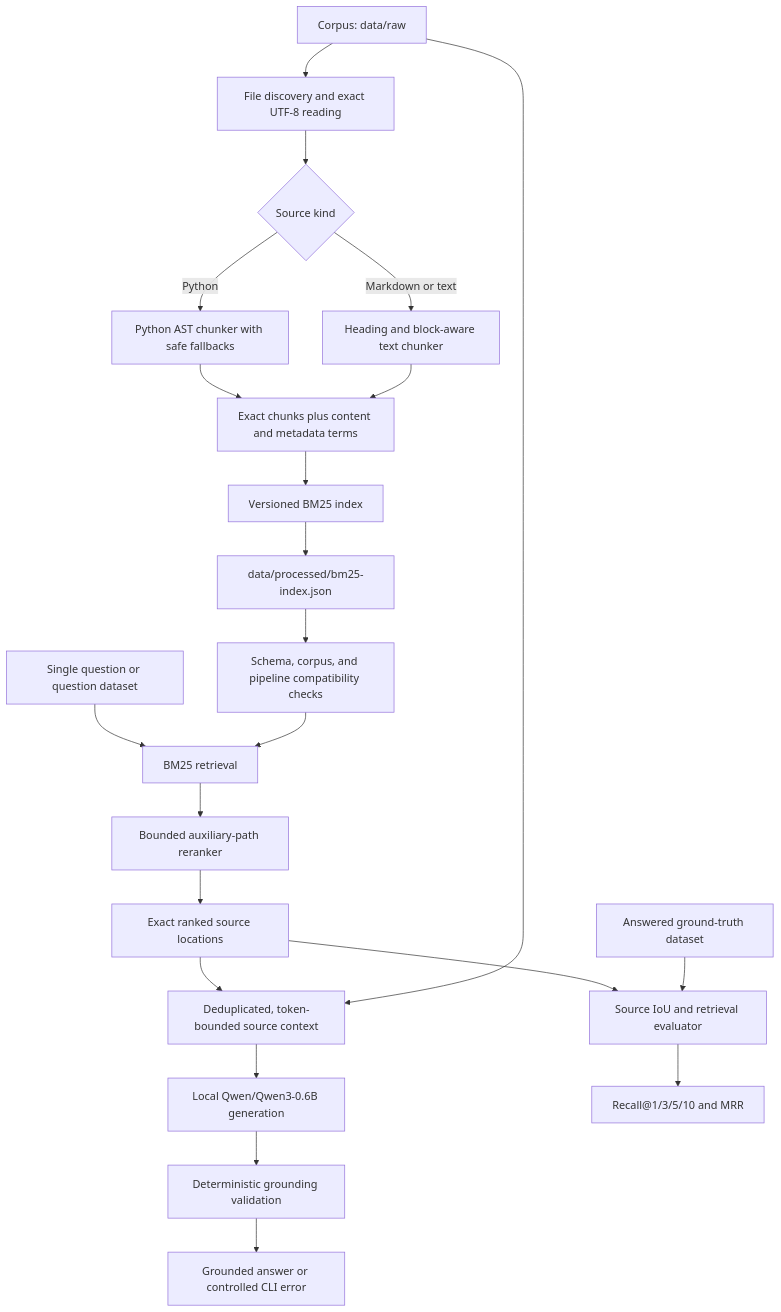
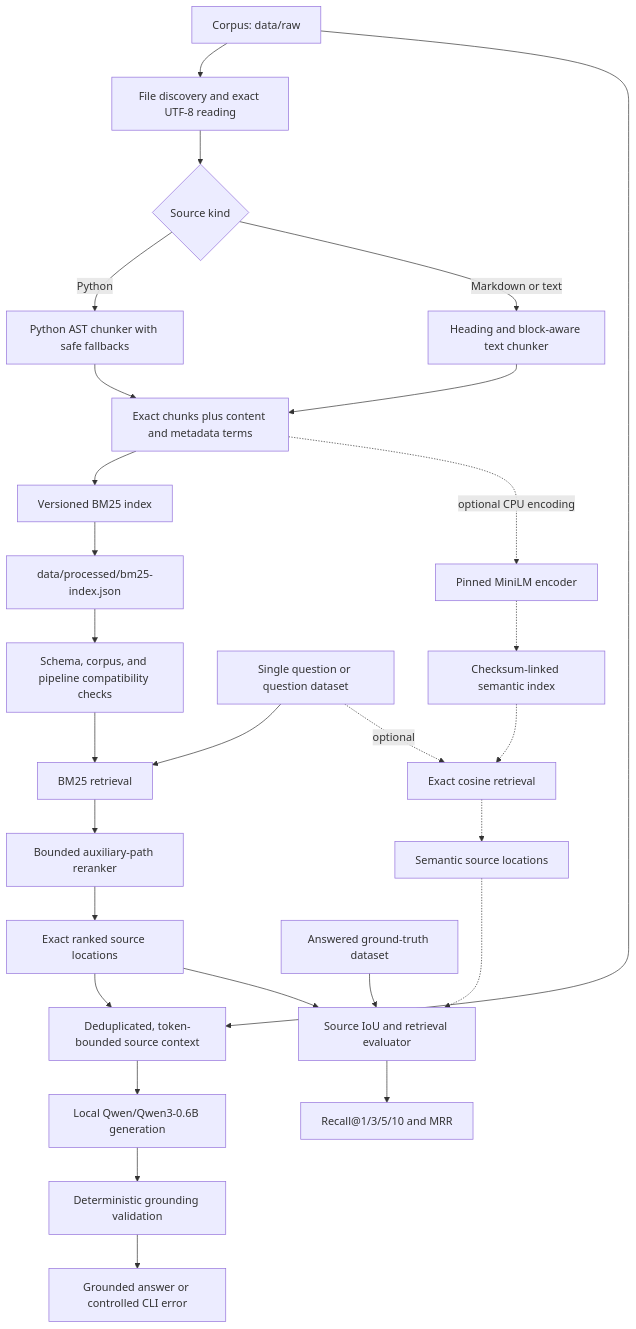
One commit to MariiaLagutina/RAG changed the diagram in README.md. Above: the diagram before and after it, drawn with Mermaid. The commit also changed other lines of this file and 1 other file, not shown here.

Commit message:
docs: document optional semantic retrieval

````diff
--- a/README.md
+++ b/README.md
@@ -201,27 +207,33 @@
 ```mermaid
 flowchart TD
     Corpus["Corpus: data/raw"] --> Discovery["File discovery and exact UTF-8 reading"]
     Discovery --> Chunkers{"Source kind"}
     Chunkers -->|Python| PythonChunker["Python AST chunker with safe fallbacks"]
     Chunkers -->|Markdown or text| TextChunker["Heading and block-aware text chunker"]
     PythonChunker --> LexicalDocs["Exact chunks plus content and metadata terms"]
     TextChunker --> LexicalDocs
     LexicalDocs --> BM25Index["Versioned BM25 index"]
     BM25Index --> IndexFile["data/processed/bm25-index.json"]
+    LexicalDocs -. optional CPU encoding .-> MiniLM["Pinned MiniLM encoder"]
+    MiniLM -.-> SemanticIndex["Checksum-linked semantic index"]
 
     Question["Single question or question dataset"] --> Retrieval["BM25 retrieval"]
     IndexFile --> Compatibility["Schema, corpus, and pipeline compatibility checks"]
     Compatibility --> Retrieval
     Retrieval --> Reranker["Bounded auxiliary-path reranker"]
     Reranker --> SearchResults["Exact ranked source locations"]
+    Question -. optional .-> SemanticRetrieval["Exact cosine retrieval"]
+    SemanticIndex -.-> SemanticRetrieval
+    SemanticRetrieval -.-> SemanticSearchResults["Semantic source locations"]
 
     SearchResults --> ContextBuilder["Deduplicated, token-bounded source context"]
     Corpus --> ContextBuilder
     ContextBuilder --> Qwen["Local Qwen/Qwen3-0.6B generation"]
     Qwen --> Validator["Deterministic grounding validation"]
     Validator --> Answer["Grounded answer or controlled CLI error"]
 
     SearchResults --> RetrievalEvaluator["Source IoU and retrieval evaluator"]
+    SemanticSearchResults -.-> RetrievalEvaluator
     GroundTruth["Answered ground-truth dataset"] --> RetrievalEvaluator
     RetrievalEvaluator --> Metrics["Recall@1/3/5/10 and MRR"]
 ```
````
